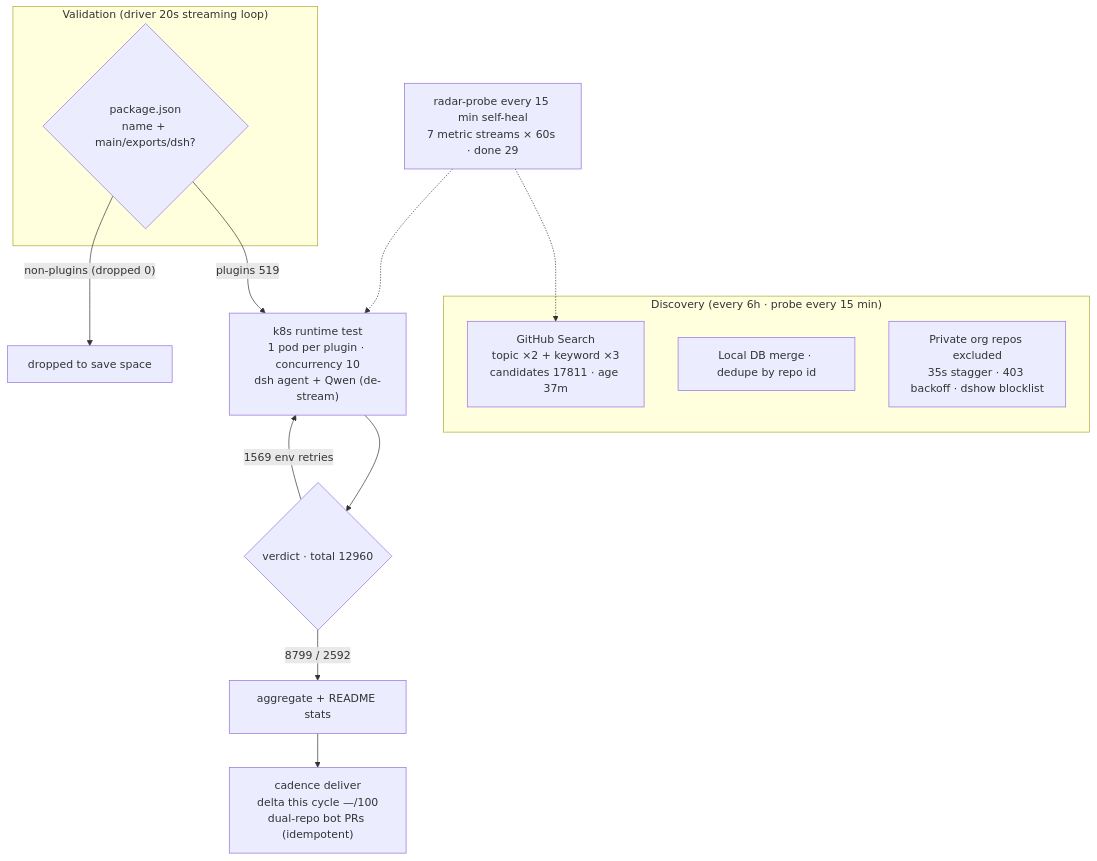
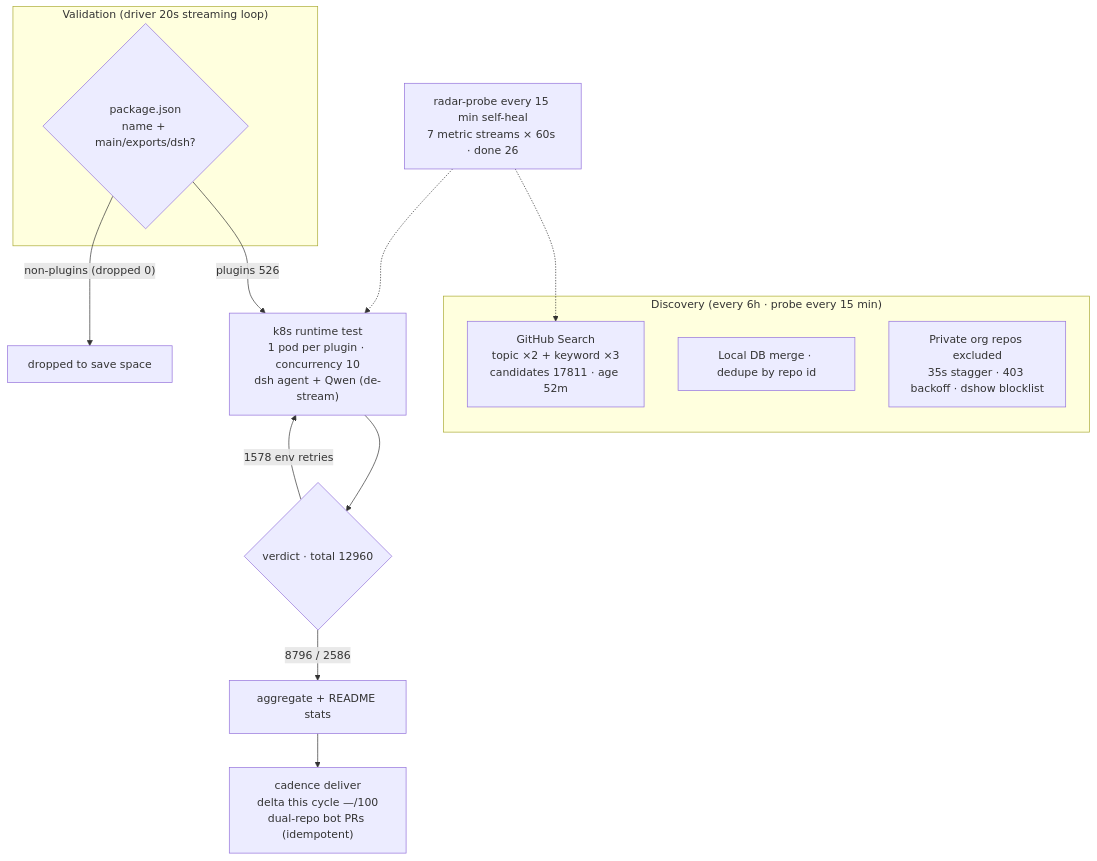
One commit to AdamPlatin123/awesome-dsh-plugins changed the diagram in README.en-US.md. Above: the diagram before and after it, drawn with Mermaid. The commit also changed other lines of this file and 5 other files, not shown here.

````diff
--- a/README.en-US.md
+++ b/README.en-US.md
@@ -45,20 +45,20 @@
 ```mermaid
 flowchart TB
     subgraph Discovery["Discovery (every 6h · probe every 15 min)"]
-        A1["GitHub Search<br/>topic ×2 + keyword ×3<br/>candidates 17811 · age 37m"]
+        A1["GitHub Search<br/>topic ×2 + keyword ×3<br/>candidates 17811 · age 52m"]
         A2["Local DB merge · dedupe by repo id"]
         A3["Private org repos excluded<br/>35s stagger · 403 backoff · dshow blocklist"]
     end
     subgraph Validation["Validation (driver 20s streaming loop)"]
         B1{"package.json<br/>name + main/exports/dsh?"}
     end
-    B1 -->|"plugins 519"| C1["k8s runtime test<br/>1 pod per plugin · concurrency 10<br/>dsh agent + Qwen (de-stream)"]
+    B1 -->|"plugins 526"| C1["k8s runtime test<br/>1 pod per plugin · concurrency 10<br/>dsh agent + Qwen (de-stream)"]
     B1 -->|"non-plugins (dropped 0)"| B3["dropped to save space"]
     C1 --> D1{"verdict · total 12960"}
-    D1 -->|"8799 / 2592"| E1["aggregate + README stats"]
-    D1 -->|"1569 env retries"| C1
+    D1 -->|"8796 / 2586"| E1["aggregate + README stats"]
+    D1 -->|"1578 env retries"| C1
     E1 --> E2["cadence deliver<br/>delta this cycle —/100<br/>dual-repo bot PRs (idempotent)"]
-    M["radar-probe every 15 min self-heal<br/>7 metric streams × 60s · done 29"]
+    M["radar-probe every 15 min self-heal<br/>7 metric streams × 60s · done 26"]
     M -.-> A1
     M -.-> C1
 ```
````
